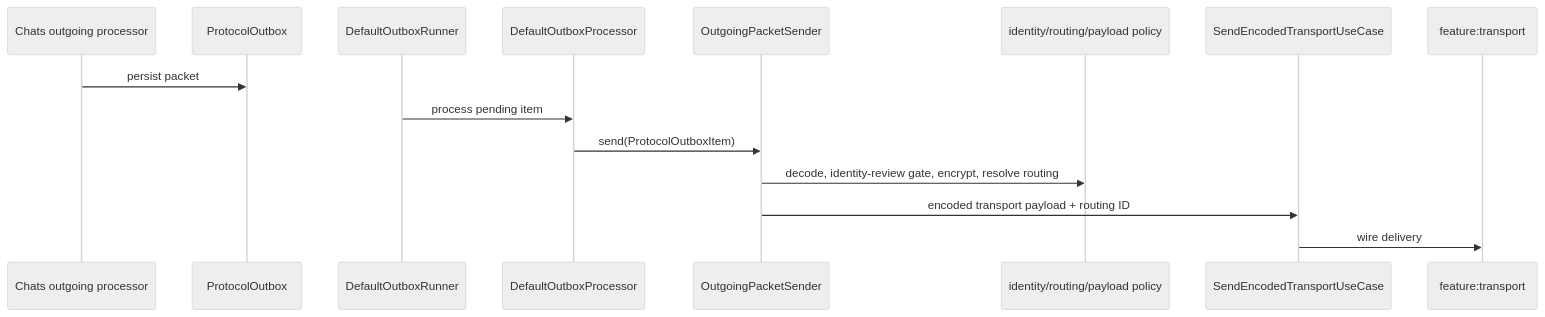
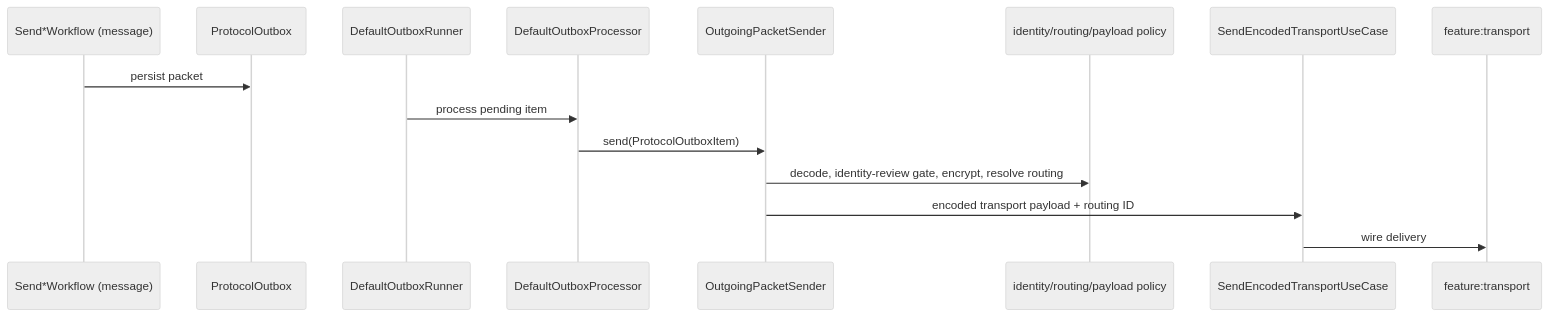
One commit to cbgm/Sparrow changed the first of 2 diagrams in docs/architecture/messaging-boundary.md. Above: the diagram before and after it, drawn with Mermaid (neutral theme). The commit also changed other lines of this file and 1098 other files, not shown here.

````diff
--- a/docs/architecture/messaging-boundary.md
+++ b/docs/architecture/messaging-boundary.md
@@ -20,18 +22,18 @@
 ```mermaid
 sequenceDiagram
-    participant CHAT as Chats outgoing processor
+    participant CHAT as Send*Workflow (message)
     participant OB as ProtocolOutbox
     participant RUN as DefaultOutboxRunner
     participant PROC as DefaultOutboxProcessor
     participant SEND as OutgoingPacketSender
     participant POLICY as identity/routing/payload policy
     participant WIRE as SendEncodedTransportUseCase
     participant TR as feature:transport
 
     CHAT->>OB: persist packet
     RUN->>PROC: process pending item
     PROC->>SEND: send(ProtocolOutboxItem)
     SEND->>POLICY: decode, identity-review gate, encrypt, resolve routing
     SEND->>WIRE: encoded transport payload + routing ID
     WIRE->>TR: wire delivery
 ```
````
